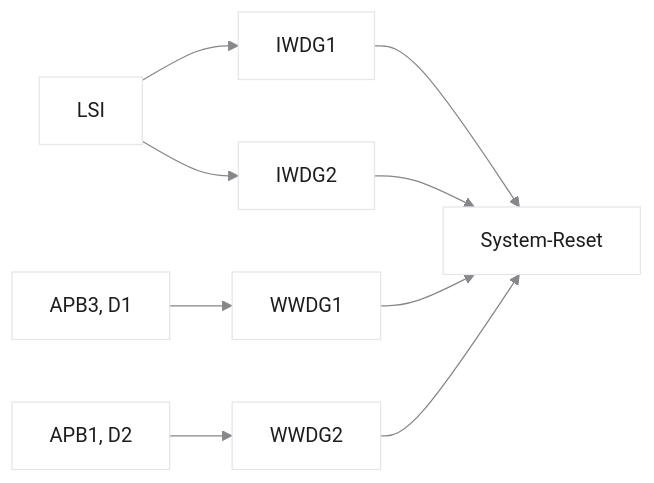
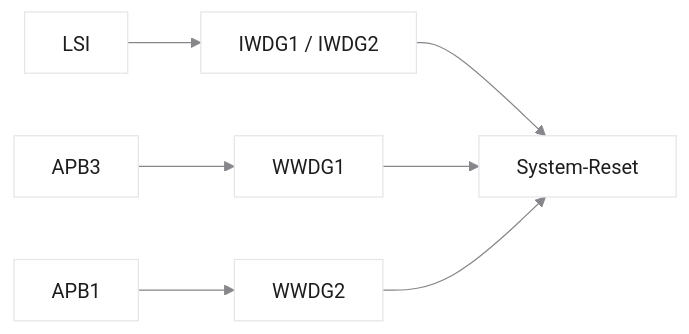
Before and after one commit to dantschi/echtzeitsysteme: the sixth of 7 diagrams in vorlesungen/08_multicore-synchronisation-safety.qmd, drawn with Mermaid. The commit also changed other lines of this file and 13 other files, not shown here.

````diff
--- a/vorlesungen/08_multicore-synchronisation-safety.qmd
+++ b/vorlesungen/08_multicore-synchronisation-safety.qmd
@@ -534,13 +498,12 @@
 ```{mermaid}
-%%| fig-width: 8.6
-%%{init: {'theme': 'base', 'themeVariables': {'background': '#FFFFFF', 'primaryColor': '#FFFFFF', 'primaryBorderColor': '#E5E5EA', 'primaryTextColor': '#1D1D1F', 'lineColor': '#86868B'}}}%%
+%%| fig-width: 5.4
+%%{init: {'theme':'base','htmlLabels':false,'flowchart':{'htmlLabels':false},'themeVariables':{'background':'#FFFFFF','primaryColor':'#FFFFFF','primaryBorderColor':'#E5E5EA','primaryTextColor':'#1D1D1F','lineColor':'#86868B'}}}%%
 flowchart LR
-  LSI["LSI"] --> I1["IWDG1"]
-  LSI --> I2["IWDG2"]
-  A3["APB3, D1"] --> W1["WWDG1"]
-  A1["APB1, D2"] --> W2["WWDG2"]
-  I1 --> SR["System-Reset"]
-  I2 --> SR
-  W1 --> SR
-  W2 --> SR
+ L["LSI"] --> I["IWDG1 / IWDG2"]
+ A["APB3"] --> W1["WWDG1"]
+ B["APB1"] --> W2["WWDG2"]
+ I --> R["System-Reset"]
+ W1 --> R
+ W2 --> R
+
 ```
````
